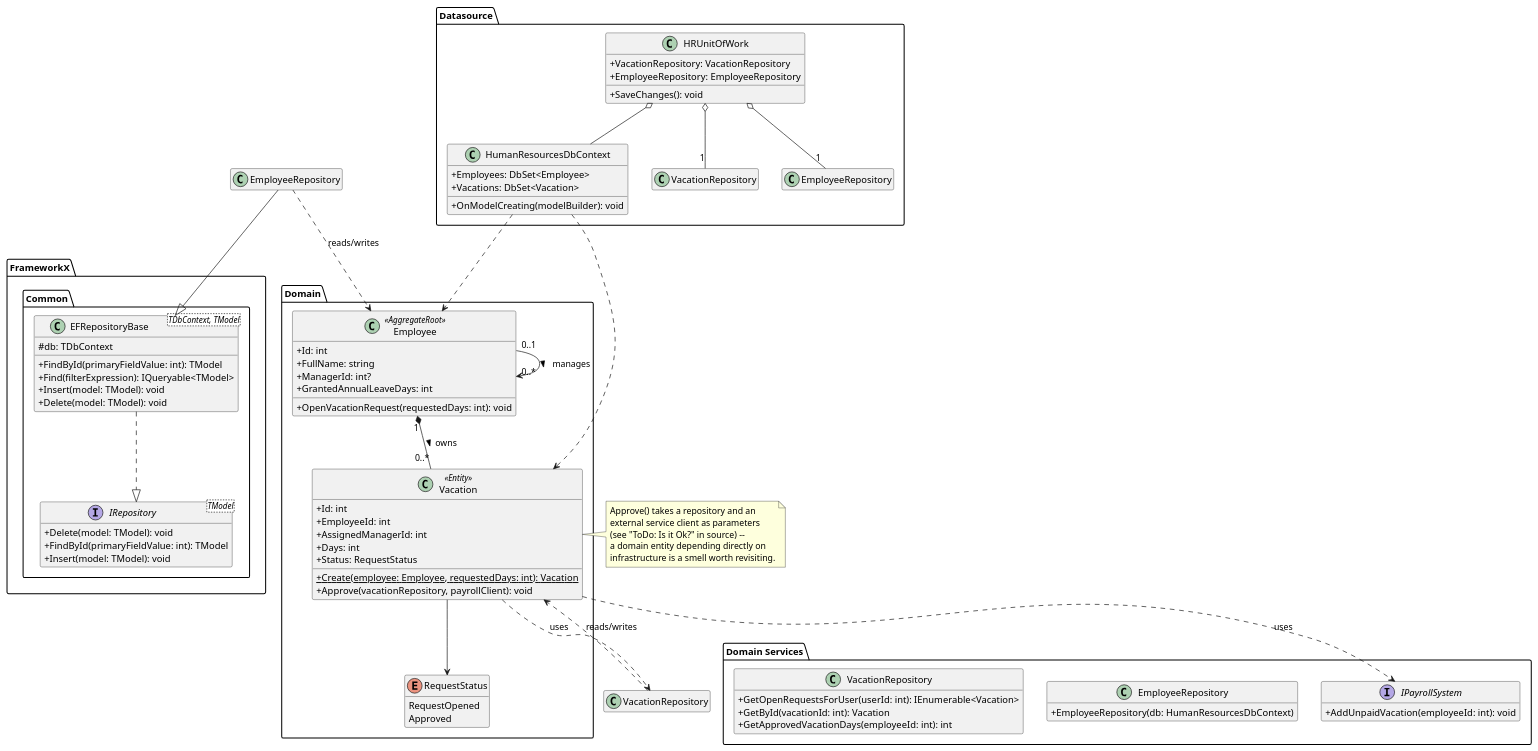
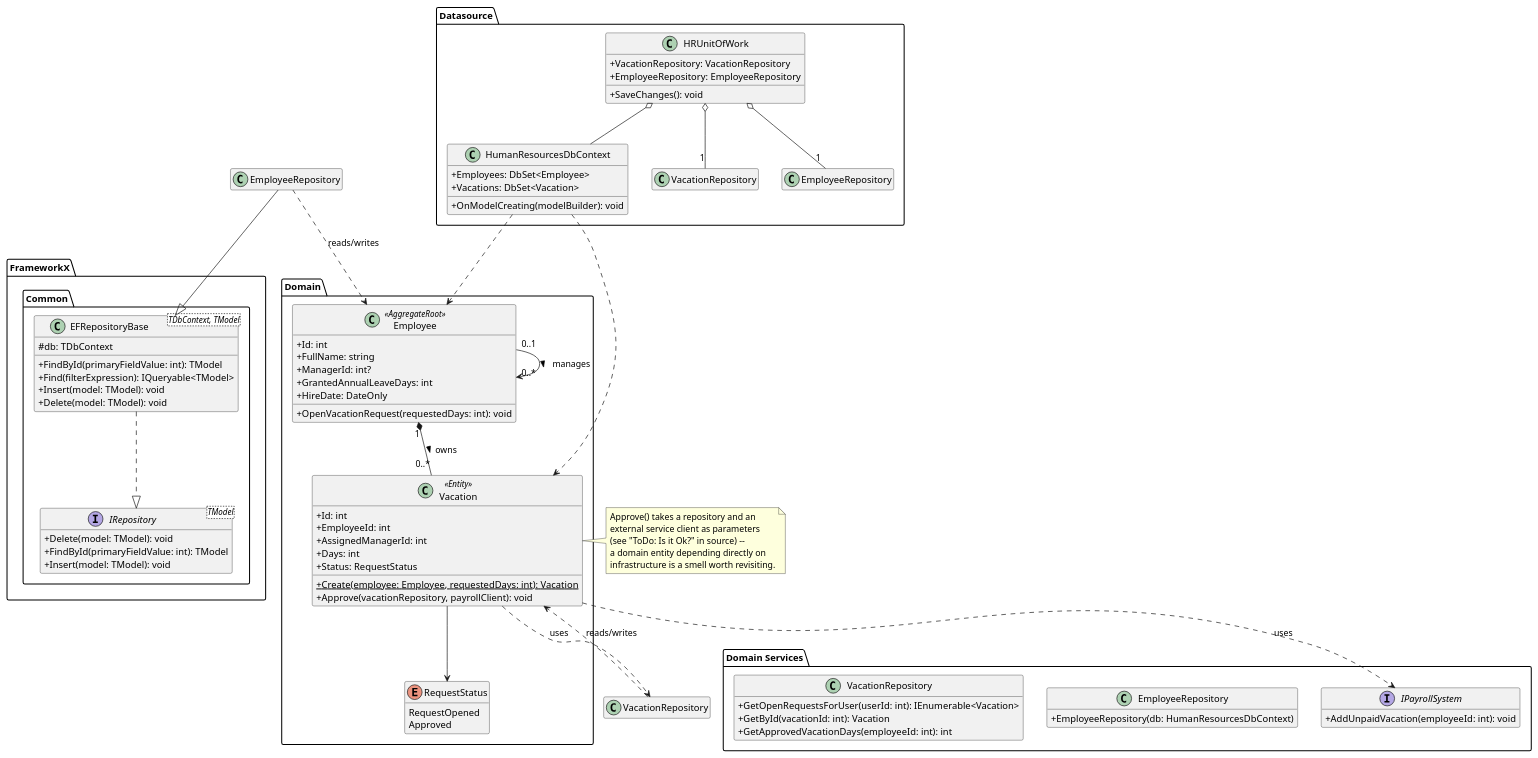
One commit to tahircakmak/DDDQuestion changed the diagram in HRSystem.Domain/docs/diagrams/domain-model.puml. Above: the diagram before and after it, drawn with PlantUML. The commit also changed 2 other files, not shown here.

Commit message:
Add HireDate to Employee and update class diagram
Records when an employee joined the company. Uses DateOnly rather than
DateTime since a hire date has no meaningful time-of-day component. EF Core
picks the property up by convention, so no DbContext or mapping changes were
needed — this project has no migrations history and the test suite builds the
schema with EnsureCreated().

```diff
--- a/HRSystem.Domain/docs/diagrams/domain-model.puml
+++ b/HRSystem.Domain/docs/diagrams/domain-model.puml
@@ -1,102 +1,103 @@
 @startuml domain-model
 skinparam classAttributeIconSize 0
 hide empty members
 
 package "Domain" {
   class Employee <<AggregateRoot>> {
     + Id: int
     + FullName: string
     + ManagerId: int?
     + GrantedAnnualLeaveDays: int
+    + HireDate: DateOnly
     + OpenVacationRequest(requestedDays: int): void
   }
 
   class Vacation <<Entity>> {
     + Id: int
     + EmployeeId: int
     + AssignedManagerId: int
     + Days: int
     + Status: RequestStatus
     + {static} Create(employee: Employee, requestedDays: int): Vacation
     + Approve(vacationRepository, payrollClient): void
   }
 
   enum RequestStatus {
     RequestOpened
     Approved
   }
 
   Employee "1" *-- "0..*" Vacation : owns >
   Vacation --> RequestStatus
   Employee "0..1" --> "0..*" Employee : manages >
 }
 
 package "Datasource" {
   class HumanResourcesDbContext {
     + Employees: DbSet<Employee>
     + Vacations: DbSet<Vacation>
     + OnModelCreating(modelBuilder): void
   }
 
   class HRUnitOfWork {
     + VacationRepository: VacationRepository
     + EmployeeRepository: EmployeeRepository
     + SaveChanges(): void
   }
 
   HRUnitOfWork o-- HumanResourcesDbContext
   HRUnitOfWork o-- "1" VacationRepository
   HRUnitOfWork o-- "1" EmployeeRepository
   HumanResourcesDbContext ..> Employee
   HumanResourcesDbContext ..> Vacation
 }
 
 package "Domain Services" {
   interface IPayrollSystem {
     + AddUnpaidVacation(employeeId: int): void
   }
 
   class EmployeeRepository {
     + EmployeeRepository(db: HumanResourcesDbContext)
   }
 
   class VacationRepository {
     + GetOpenRequestsForUser(userId: int): IEnumerable<Vacation>
     + GetById(vacationId: int): Vacation
     + GetApprovedVacationDays(employeeId: int): int
   }
 }
 
 package "FrameworkX.Common" {
   interface "IRepository<TModel>" as IRepository {
     + Delete(model: TModel): void
     + FindById(primaryFieldValue: int): TModel
     + Insert(model: TModel): void
   }
 
   class "EFRepositoryBase<TDbContext, TModel>" as EFRepositoryBase {
     # db: TDbContext
     + FindById(primaryFieldValue: int): TModel
     + Find(filterExpression): IQueryable<TModel>
     + Insert(model: TModel): void
     + Delete(model: TModel): void
   }
 
   EFRepositoryBase ..|> IRepository
 }
 
 EmployeeRepository --|> EFRepositoryBase
 EmployeeRepository ..> Employee : reads/writes
 VacationRepository ..> Vacation : reads/writes
 Vacation ..> VacationRepository : uses
 Vacation ..> IPayrollSystem : uses
 
 note right of Vacation
   Approve() takes a repository and an
   external service client as parameters
   (see "ToDo: Is it Ok?" in source) --
   a domain entity depending directly on
   infrastructure is a smell worth revisiting.
 end note
 
 @enduml
```
